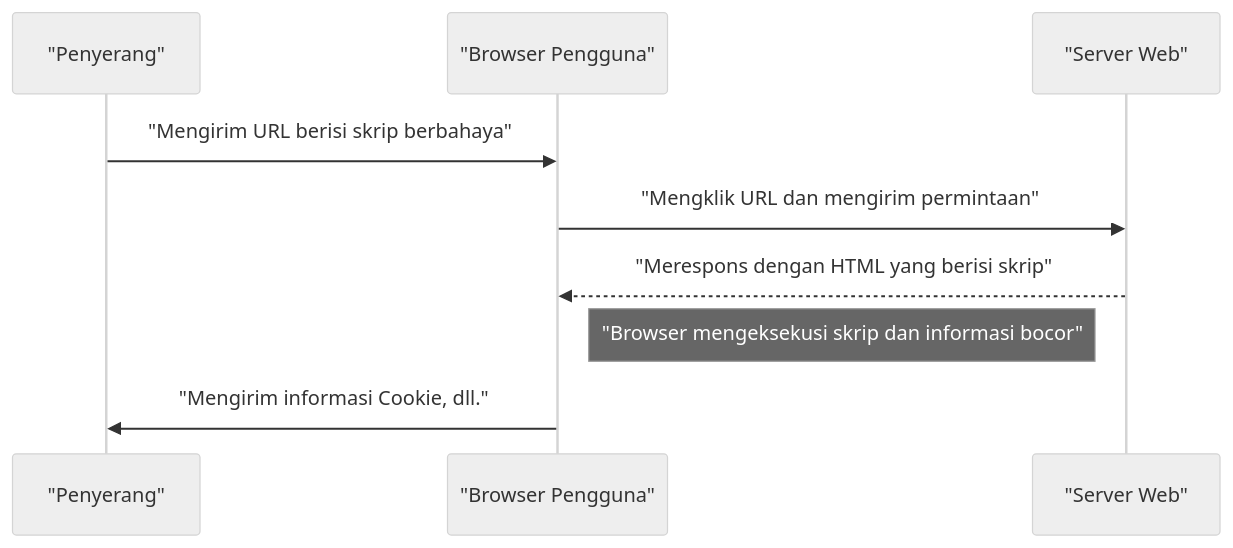
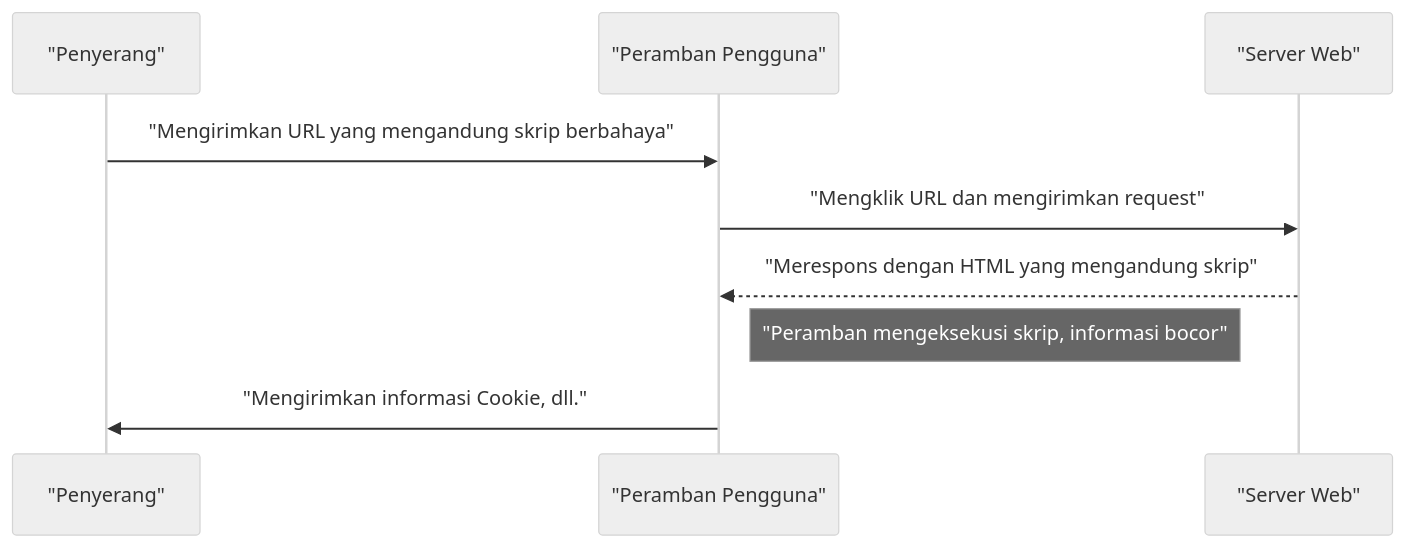
The first of 2 diagrams in content/post/web-application-vulnerability-owasp-top-10/index.id.md (kenjinote/blog), drawn with Mermaid (neutral theme) before and after one commit. The commit also changed other lines of this file and 12 other files, not shown here.

````diff
--- a/content/post/web-application-vulnerability-owasp-top-10/index.id.md
+++ b/content/post/web-application-vulnerability-owasp-top-10/index.id.md
@@ -170,12 +170,12 @@
 ```mermaid
 sequenceDiagram
     participant "Penyerang"
-    participant "Browser Pengguna"
+    participant "Peramban Pengguna"
     participant "Server Web"
 
-    "Penyerang"->>"Browser Pengguna": "Mengirim URL berisi skrip berbahaya"
-    "Browser Pengguna"->>"Server Web": "Mengklik URL dan mengirim permintaan"
-    "Server Web"-->>"Browser Pengguna": "Merespons dengan HTML yang berisi skrip"
-    Note right of "Browser Pengguna": "Browser mengeksekusi skrip dan informasi bocor"
-    "Browser Pengguna"->>"Penyerang": "Mengirim informasi Cookie, dll."
+    "Penyerang"->>"Peramban Pengguna": "Mengirimkan URL yang mengandung skrip berbahaya"
+    "Peramban Pengguna"->>"Server Web": "Mengklik URL dan mengirimkan request"
+    "Server Web"-->>"Peramban Pengguna": "Merespons dengan HTML yang mengandung skrip"
+    Note right of "Peramban Pengguna": "Peramban mengeksekusi skrip, informasi bocor"
+    "Peramban Pengguna"->>"Penyerang": "Mengirimkan informasi Cookie, dll."
 ```
````
